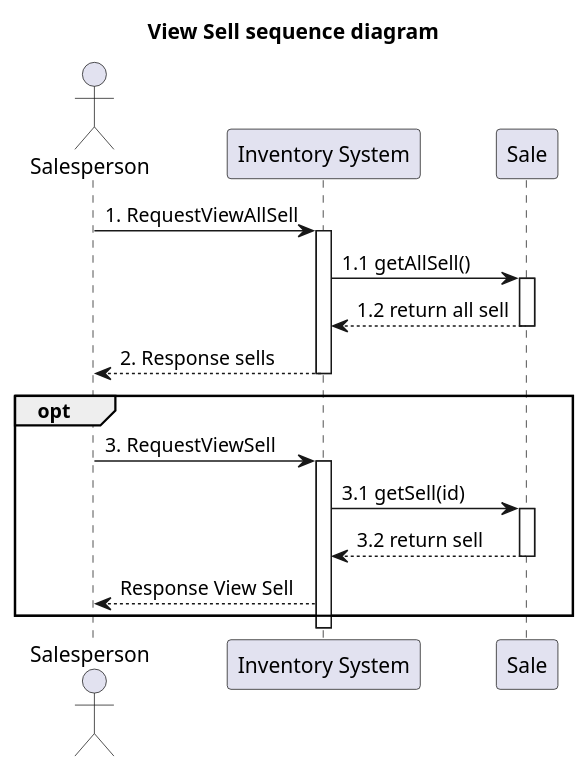
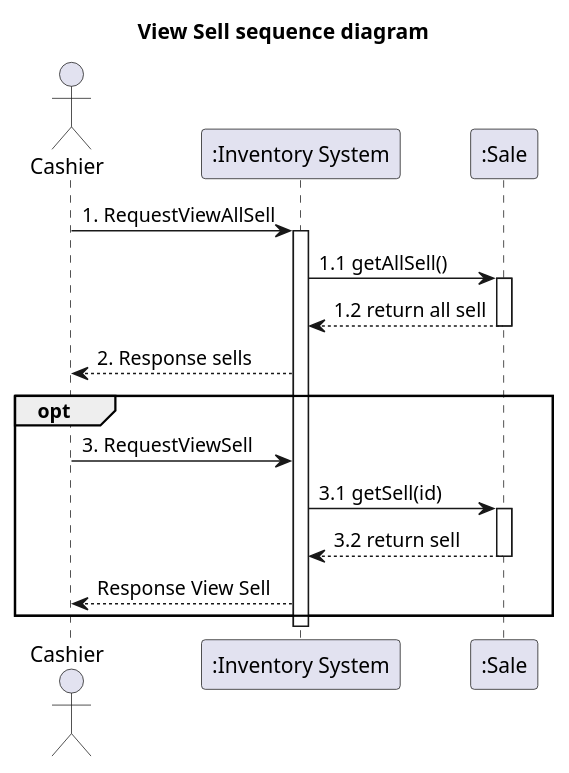
Before and after one commit to billowdev/inventory-system-plantuml-sequelize-seeder-example: the diagram in system-analysis/sequence/_6_1_sequence-view-sell.puml, drawn with PlantUML. The commit also changed 22 other files, not shown here.

Commit message:
update sequence diagram and add overview sequence

```diff
--- a/system-analysis/sequence/_6_1_sequence-view-sell.puml
+++ b/system-analysis/sequence/_6_1_sequence-view-sell.puml
@@ -1,40 +1,39 @@
 @startuml
 'example
 title View Sell sequence diagram
 
-actor Salesperson as actorSalesperson
-participant "Inventory System" as InventorySystem
-participant "Sale" as classSell
+actor Cashier as actorCashier
+participant ":Inventory System" as InventorySystem
+participant ":Sale" as classSell
 
-actorSalesperson -> InventorySystem: 1. RequestViewAllSell
+actorCashier -> InventorySystem: 1. RequestViewAllSell
 activate InventorySystem
 
 InventorySystem -> classSell: 1.1 getAllSell()
 activate classSell
 
 classSell --> InventorySystem: 1.2 return all sell
 deactivate classSell
 
-InventorySystem --> actorSalesperson : 2. Response sells
-
-deactivate InventorySystem
+InventorySystem --> actorCashier : 2. Response sells
 
 
 opt
-actorSalesperson -> InventorySystem: 3. RequestViewSell
-activate InventorySystem
+actorCashier -> InventorySystem: 3. RequestViewSell
 
 InventorySystem -> classSell: 3.1 getSell(id)
 activate classSell
 
 classSell --> InventorySystem: 3.2 return sell
 deactivate classSell
 
-InventorySystem -->  actorSalesperson : Response View Sell
+InventorySystem -->  actorCashier : Response View Sell
 
 end
+
+deactivate InventorySystem
 
 
 
 
 @enduml
```
